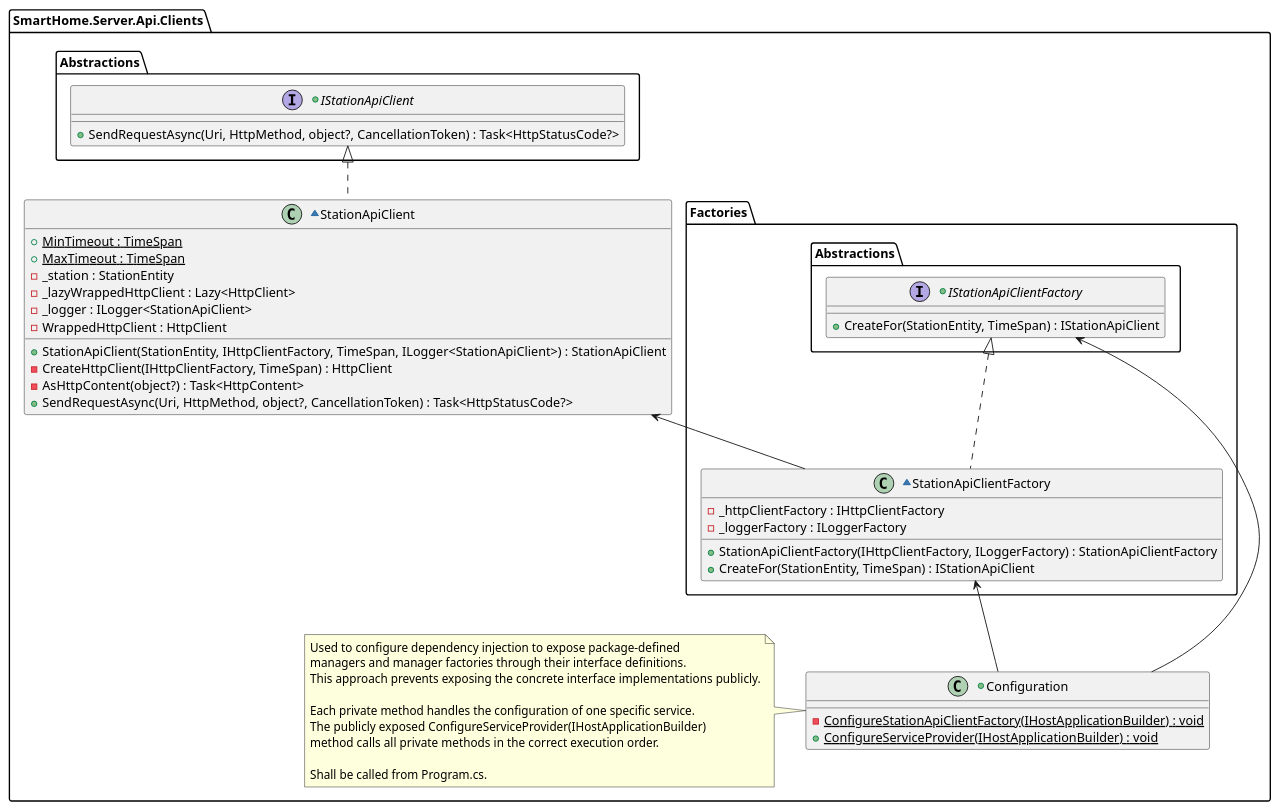
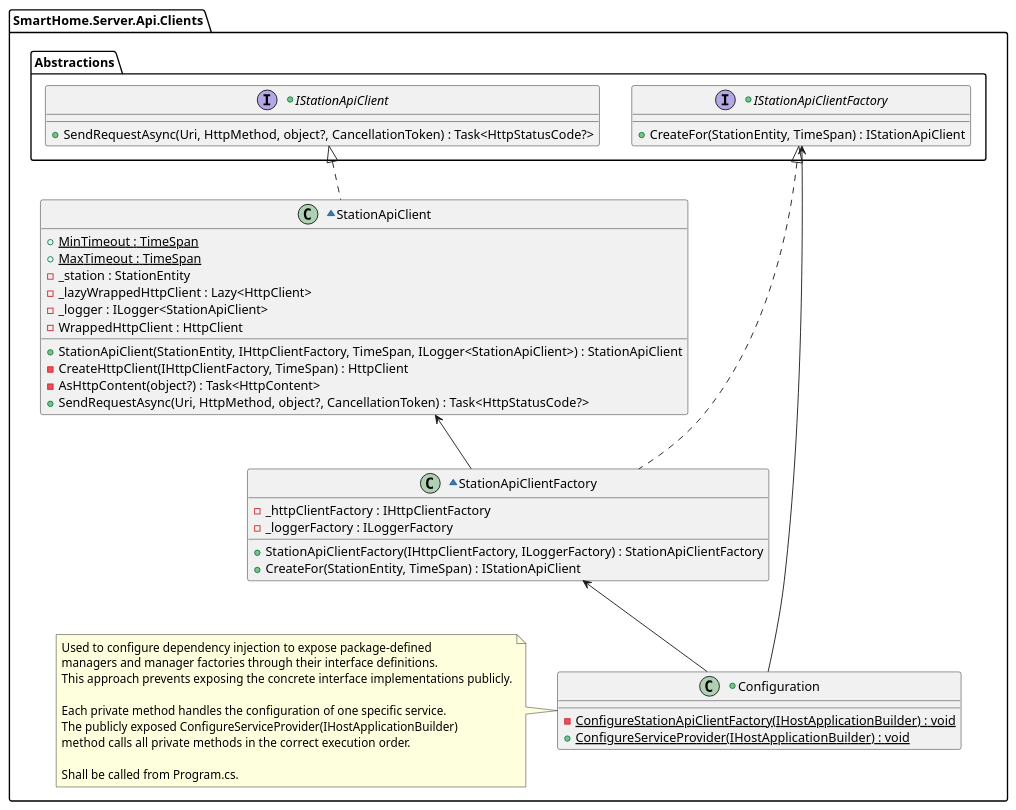
The diagram in doc/Server/uml/modules/SmartHome.Server.Api.Clients.pu (JakubMiodunka/smart-home), drawn with PlantUML before and after one commit. The commit also changed 8 other files, not shown here.

Commit message:
[#40] Sepparating ApiClients module from monolith.

```diff
--- a/doc/Server/uml/modules/SmartHome.Server.Api.Clients.pu
+++ b/doc/Server/uml/modules/SmartHome.Server.Api.Clients.pu
@@ -1,63 +1,58 @@
 @startuml
 
 package "SmartHome.Server.Api.Clients" as ApiClient {
-    package Factories {
-        package Abstractions as FactoriesAbstractions {
-            +interface IStationApiClientFactory {
-                +CreateFor(StationEntity, TimeSpan) : IStationApiClient
-            }
+    package Abstractions {
+        +interface IStationApiClient {
+            +SendRequestAsync(Uri, HttpMethod, object?, CancellationToken) : Task<HttpStatusCode?>
         }
 
-        ~class StationApiClientFactory {
-            -_httpClientFactory : IHttpClientFactory
-            -_loggerFactory : ILoggerFactory
-            +StationApiClientFactory(IHttpClientFactory, ILoggerFactory) : StationApiClientFactory
+        +interface IStationApiClientFactory {
             +CreateFor(StationEntity, TimeSpan) : IStationApiClient
-        }
-
-        IStationApiClientFactory <|.. StationApiClientFactory
-    }
-
-    package Abstractions as ClientsAbstractions {
-        +interface IStationApiClient {
-            +SendRequestAsync(Uri, HttpMethod, object?, CancellationToken) : Task<HttpStatusCode?>
         }
     }
 
     ~class StationApiClient {
-            +{static} MinTimeout : TimeSpan
-            +{static} MaxTimeout : TimeSpan
-            -_station : StationEntity
-            -_lazyWrappedHttpClient : Lazy<HttpClient>
-            -_logger : ILogger<StationApiClient>
-            -WrappedHttpClient : HttpClient
-            +StationApiClient(StationEntity, IHttpClientFactory, TimeSpan, ILogger<StationApiClient>) : StationApiClient
-            -CreateHttpClient(IHttpClientFactory, TimeSpan) : HttpClient
-            -AsHttpContent(object?) : Task<HttpContent>
-            +SendRequestAsync(Uri, HttpMethod, object?, CancellationToken) : Task<HttpStatusCode?>
-        }
+        +{static} MinTimeout : TimeSpan
+        +{static} MaxTimeout : TimeSpan
+        -_station : StationEntity
+        -_lazyWrappedHttpClient : Lazy<HttpClient>
+        -_logger : ILogger<StationApiClient>
+        -WrappedHttpClient : HttpClient
+        +StationApiClient(StationEntity, IHttpClientFactory, TimeSpan, ILogger<StationApiClient>) : StationApiClient
+        -CreateHttpClient(IHttpClientFactory, TimeSpan) : HttpClient
+        -AsHttpContent(object?) : Task<HttpContent>
+        +SendRequestAsync(Uri, HttpMethod, object?, CancellationToken) : Task<HttpStatusCode?>
+    }
+
+    ~class StationApiClientFactory {
+        -_httpClientFactory : IHttpClientFactory
+        -_loggerFactory : ILoggerFactory
+        +StationApiClientFactory(IHttpClientFactory, ILoggerFactory) : StationApiClientFactory
+        +CreateFor(StationEntity, TimeSpan) : IStationApiClient
+    }
 
     +class Configuration {
         -{static} ConfigureStationApiClientFactory(IHostApplicationBuilder) : void
         +{static} ConfigureServiceProvider(IHostApplicationBuilder) : void
     }
 
+    IStationApiClientFactory <|.. StationApiClientFactory
     IStationApiClient <|.. StationApiClient
     StationApiClient <-- StationApiClientFactory
     IStationApiClientFactory <-- Configuration
     StationApiClientFactory <-- Configuration
 
     note left of Configuration
         Used to configure dependency injection to expose package-defined 
         managers and manager factories through their interface definitions.
         This approach prevents exposing the concrete interface implementations publicly.
         
         Each private method handles the configuration of one specific service.
         The publicly exposed ConfigureServiceProvider(IHostApplicationBuilder) 
         method calls all private methods in the correct execution order.
         
         Shall be called from Program.cs.
     end note
 }
 
 @enduml
```
